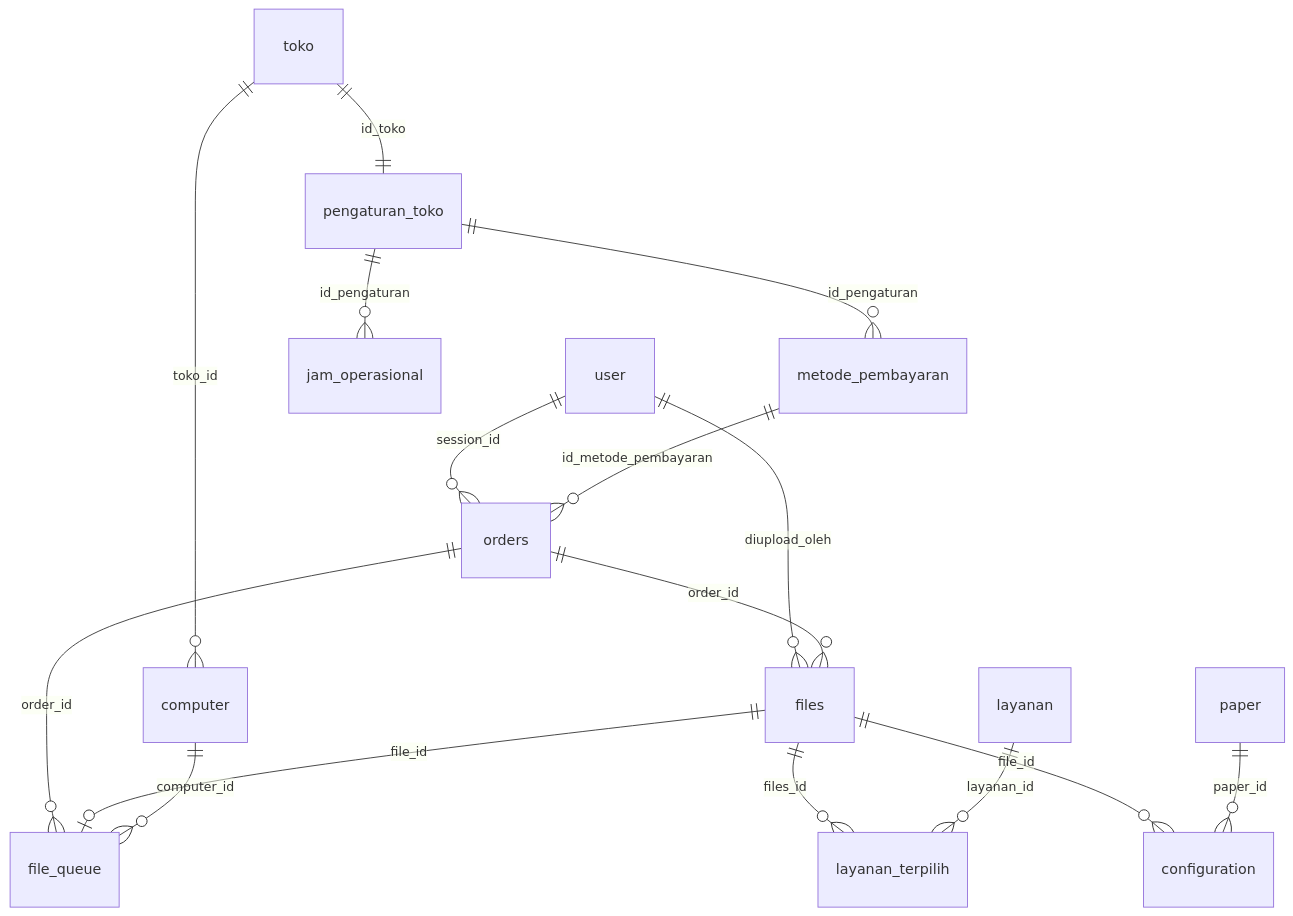
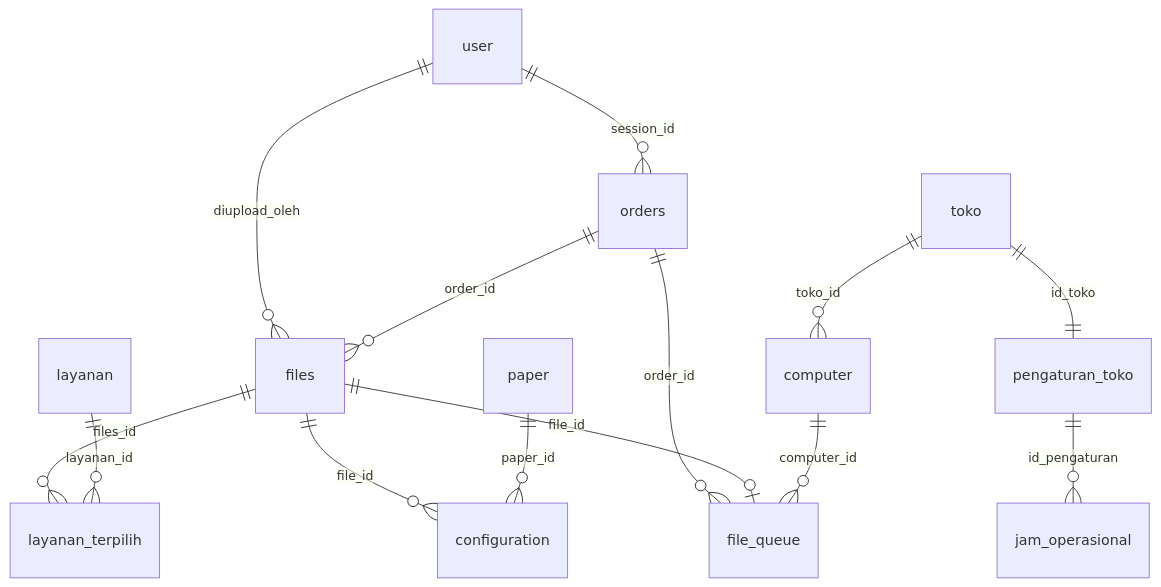
One commit to vallen-ctrl/auto-print-usingPHP changed the diagram in printer-webaap/databasescheme.md. Above: the diagram before and after it, drawn with Mermaid. The commit also changed other lines of this file and 5 other files, not shown here.

Commit message:
fitur: sederhanakan metode pembayaran menjadi qris dan kasir

````diff
--- a/printer-webaap/databasescheme.md
+++ b/printer-webaap/databasescheme.md
@@ -16,18 +16,16 @@
 ```mermaid
 erDiagram
     user ||--o{ orders : "session_id"
     user ||--o{ files : "diupload_oleh"
     toko ||--o{ computer : "toko_id"
     toko ||--|| pengaturan_toko : "id_toko"
     pengaturan_toko ||--o{ jam_operasional : "id_pengaturan"
-    pengaturan_toko ||--o{ metode_pembayaran : "id_pengaturan"
-    metode_pembayaran ||--o{ orders : "id_metode_pembayaran"
     orders ||--o{ files : "order_id"
     orders ||--o{ file_queue : "order_id"
     files ||--o{ layanan_terpilih : "files_id"
     layanan ||--o{ layanan_terpilih : "layanan_id"
     files ||--o{ configuration : "file_id"
     paper ||--o{ configuration : "paper_id"
     files ||--o| file_queue : "file_id"
     computer ||--o{ file_queue : "computer_id"
 ```
````
